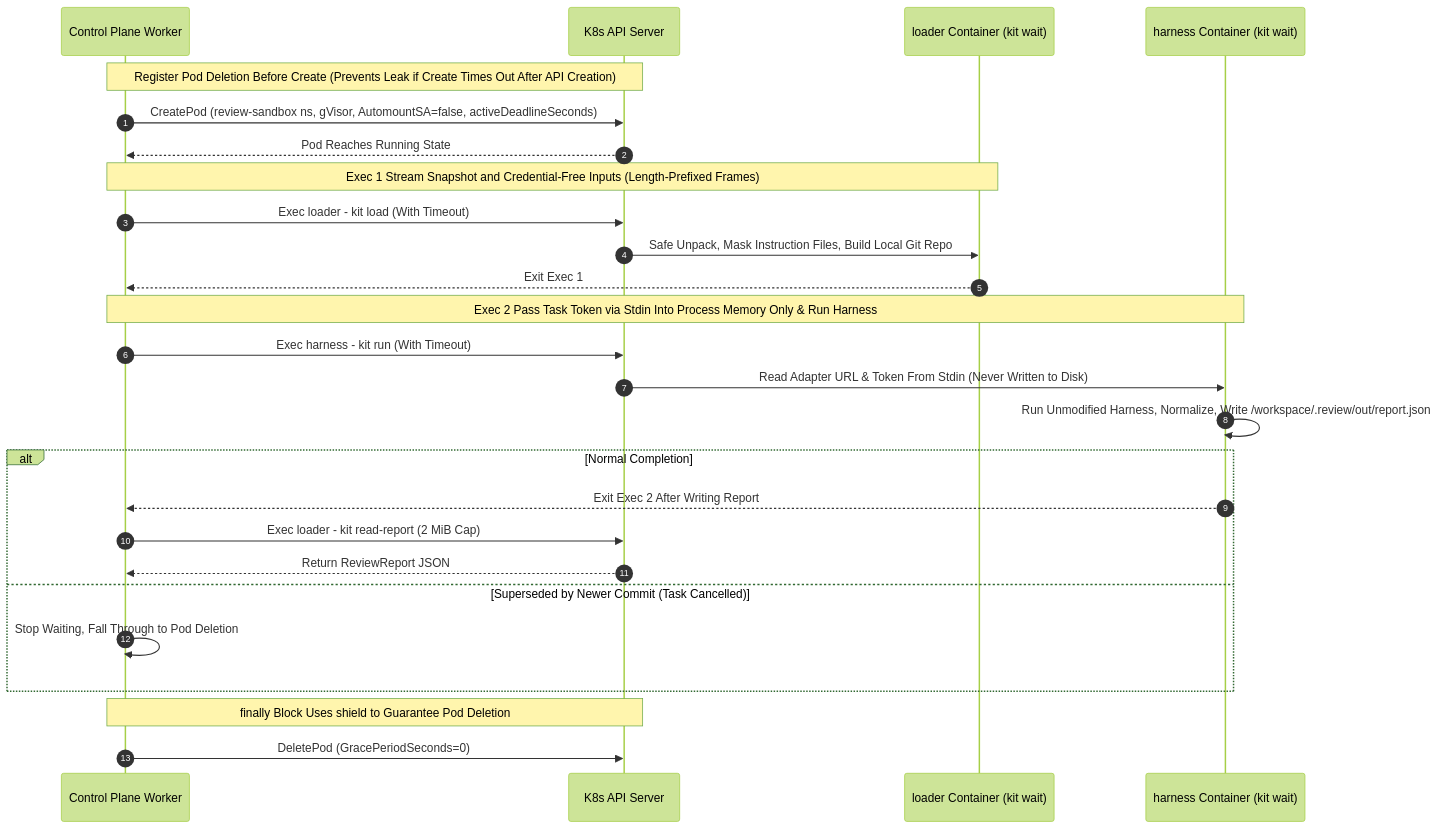
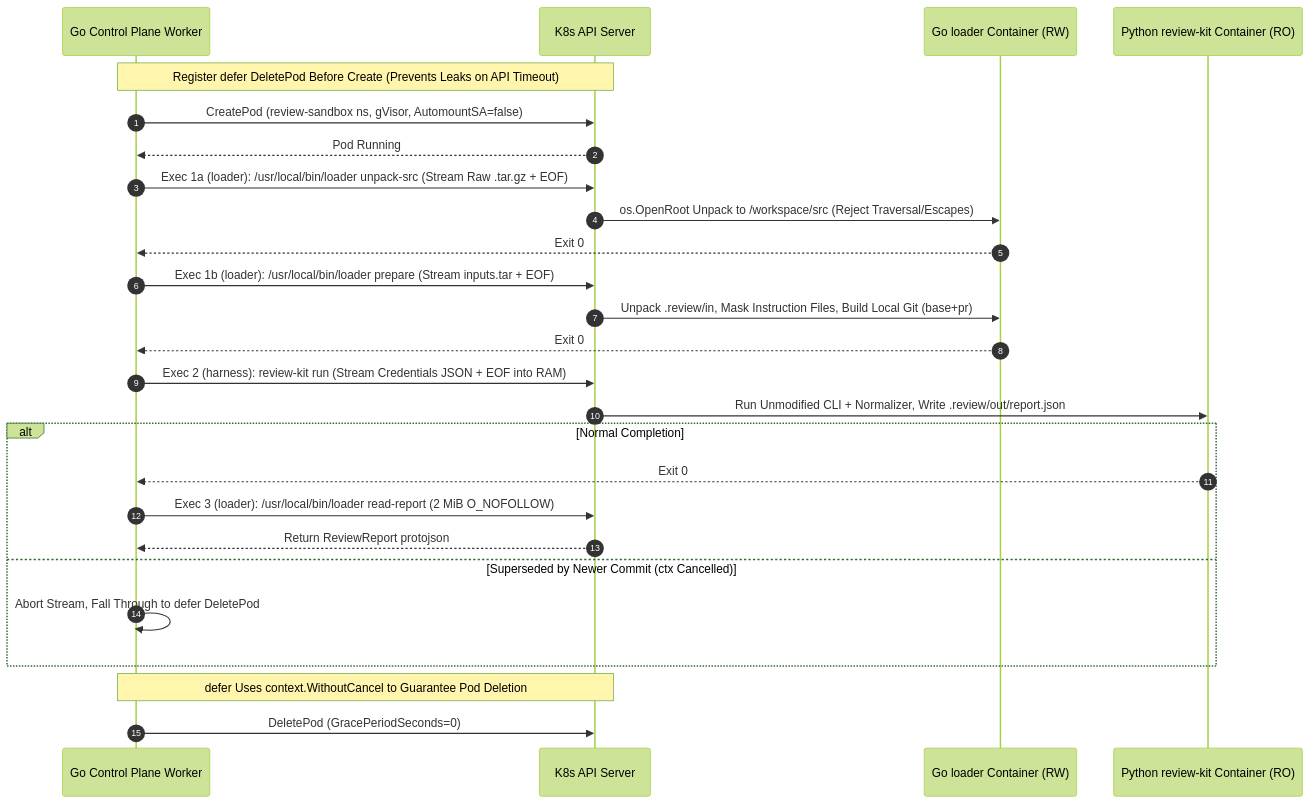
One commit to zetxqx/review-agent-infra changed the third of 7 diagrams in docs/design/implementation-plan.md. Above: the diagram before and after it, drawn with Mermaid (forest theme). The commit also changed other lines of this file and 12 other files, not shown here.

Commit message:
Define Protobuf single-source-of-truth contracts with Go control-plane infrastructure and Python off-the-shelf harness adapters.

````diff
--- a/docs/design/implementation-plan.md
+++ b/docs/design/implementation-plan.md
@@ -912,32 +989,33 @@
 ```mermaid
 sequenceDiagram
     autonumber
-    participant Worker as Control Plane Worker
+    participant Worker as Go Control Plane Worker
     participant K8s as K8s API Server
-    participant Loader as loader Container (kit wait)
-    participant Harn as harness Container (kit wait)
+    participant Loader as Go loader Container (RW)
+    participant Harn as Python review-kit Container (RO)
 
-    Note over Worker,K8s: Register Pod Deletion Before Create (Prevents Leak if Create Times Out After API Creation)
-    Worker->>K8s: CreatePod (review-sandbox ns, gVisor, AutomountSA=false, activeDeadlineSeconds)
-    K8s-->>Worker: Pod Reaches Running State
+    Note over Worker,K8s: Register defer DeletePod Before Create (Prevents Leaks on API Timeout)
+    Worker->>K8s: CreatePod (review-sandbox ns, gVisor, AutomountSA=false)
+    K8s-->>Worker: Pod Running
 
-    Note over Worker,Loader: Exec 1 Stream Snapshot and Credential-Free Inputs (Length-Prefixed Frames)
-    Worker->>K8s: Exec loader - kit load (With Timeout)
-    K8s->>Loader: Safe Unpack, Mask Instruction Files, Build Local Git Repo
-    Loader-->>Worker: Exit Exec 1
+    Worker->>K8s: Exec 1a (loader): /usr/local/bin/loader unpack-src (Stream Raw .tar.gz + EOF)
+    K8s->>Loader: os.OpenRoot Unpack to /workspace/src (Reject Traversal/Escapes)
+    Loader-->>Worker: Exit 0
 
-    Note over Worker,Harn: Exec 2 Pass Task Token via Stdin Into Process Memory Only & Run Harness
-    Worker->>K8s: Exec harness - kit run (With Timeout)
-    K8s->>Harn: Read Adapter URL & Token From Stdin (Never Written to Disk)
-    Harn->>Harn: Run Unmodified Harness, Normalize, Write /workspace/.review/out/report.json
+    Worker->>K8s: Exec 1b (loader): /usr/local/bin/loader prepare (Stream inputs.tar + EOF)
+    K8s->>Loader: Unpack .review/in, Mask Instruction Files, Build Local Git (base+pr)
+    Loader-->>Worker: Exit 0
+
+    Worker->>K8s: Exec 2 (harness): review-kit run (Stream Credentials JSON + EOF into RAM)
+    K8s->>Harn: Run Unmodified CLI + Normalizer, Write .review/out/report.json
     alt Normal Completion
-        Harn-->>Worker: Exit Exec 2 After Writing Report
-        Worker->>K8s: Exec loader - kit read-report (2 MiB Cap)
-        K8s-->>Worker: Return ReviewReport JSON
-    else Superseded by Newer Commit (Task Cancelled)
-        Worker->>Worker: Stop Waiting, Fall Through to Pod Deletion
+        Harn-->>Worker: Exit 0
+        Worker->>K8s: Exec 3 (loader): /usr/local/bin/loader read-report (2 MiB O_NOFOLLOW)
+        K8s-->>Worker: Return ReviewReport protojson
+    else Superseded by Newer Commit (ctx Cancelled)
+        Worker->>Worker: Abort Stream, Fall Through to defer DeletePod
     end
 
-    Note over Worker,K8s: finally Block Uses shield to Guarantee Pod Deletion
+    Note over Worker,K8s: defer Uses context.WithoutCancel to Guarantee Pod Deletion
     Worker->>K8s: DeletePod (GracePeriodSeconds=0)
 ```
````
